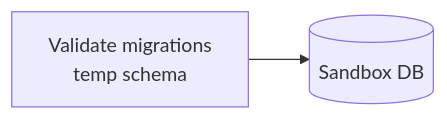
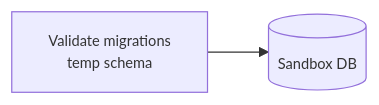
Before and after one commit to wphillipmoore/mnemosys-core: the first of 4 diagrams in docs/diagrams/alembic-migration-workflow.md, drawn with Mermaid. The commit also changed other lines of this file, not shown here.

Commit message:
Shrink mermaid labels to avoid clipping

````diff
--- a/docs/diagrams/alembic-migration-workflow.md
+++ b/docs/diagrams/alembic-migration-workflow.md
@@ -12,6 +12,8 @@
 ```mermaid
 flowchart LR
+  classDef compact font-size:12px;
   SBV["Validate migrations<br/>temp schema"]
   SB[(Sandbox DB)]
   SBV --> SB
+  class SBV,SB compact;
 ```
````
